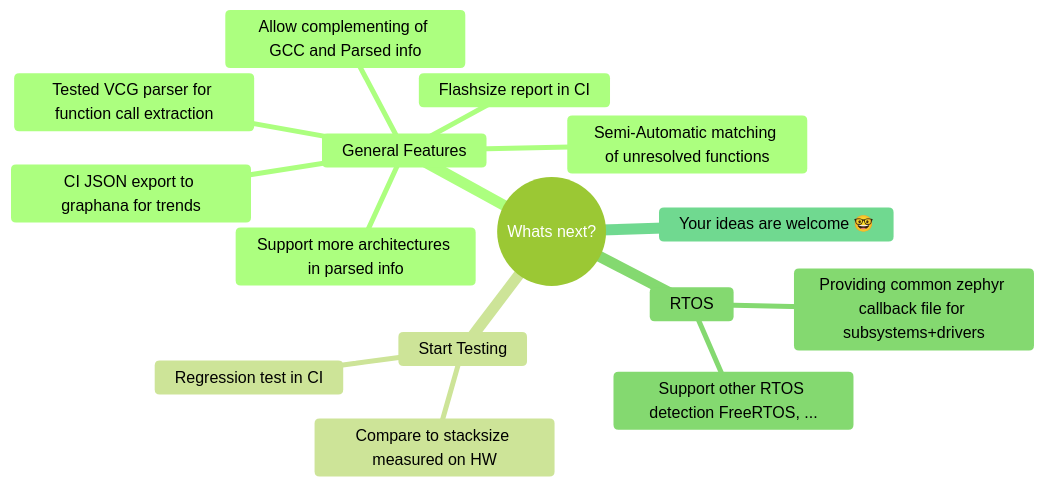
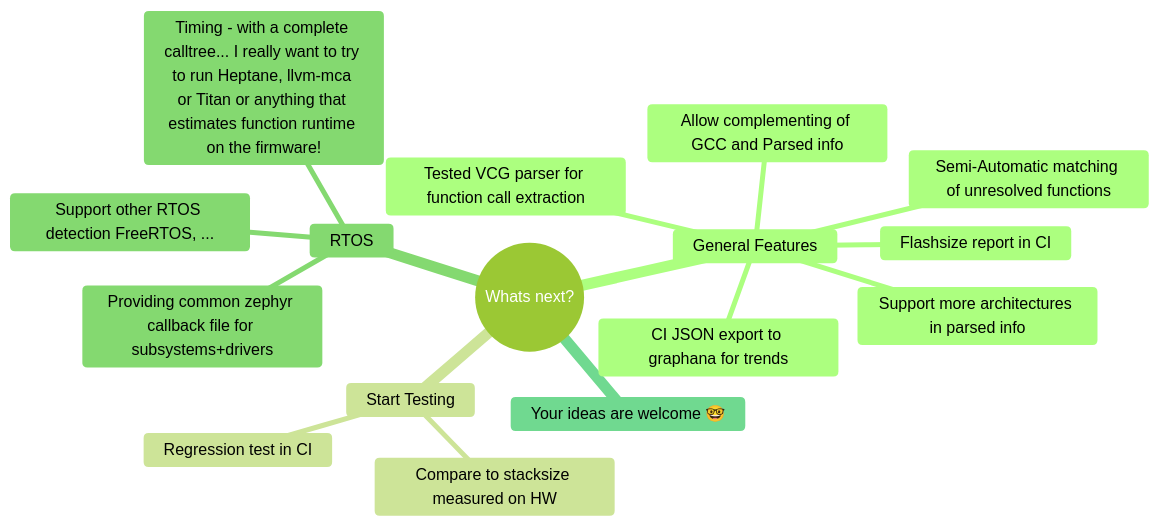
One commit to paulwuertz/static_firmware_analysis_presentations_slides changed the fourth of 4 diagrams in pages/02_howToStackEstimation.md. Above: the diagram before and after it, drawn with Mermaid (forest theme).

````diff
--- a/pages/02_howToStackEstimation.md
+++ b/pages/02_howToStackEstimation.md
@@ -499,20 +499,21 @@
 ```mermaid
 mindmap
   root((Whats next?))
     General Features
       Flashsize report in CI
       Semi-Automatic matching of unresolved functions
       Tested VCG parser for function call extraction
       CI JSON export to graphana for trends
       Allow complementing of GCC and Parsed info
       Support more architectures in parsed info
     Start Testing
       Regression test in CI
       Compare to stacksize measured on HW
     RTOS
       Providing common zephyr callback file for subsystems+drivers
       Support other RTOS detection FreeRTOS, ...
+      Timing - with a complete calltree... I really want to try to run Heptane, llvm-mca or Titan or anything that estimates function runtime on the firmware!
     Your ideas are welcome 🤓
 
 
 ```
````
